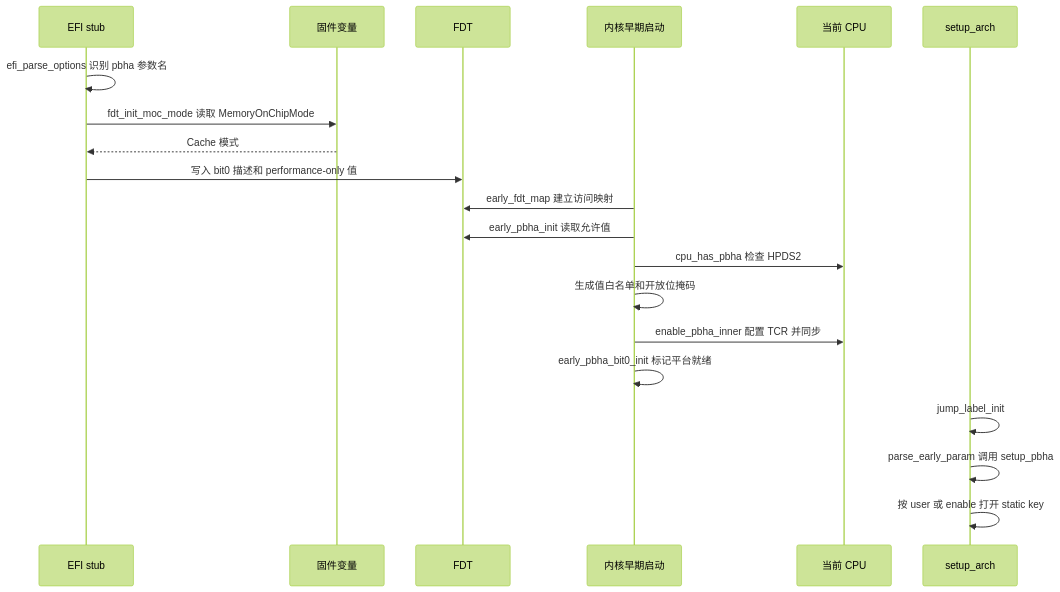
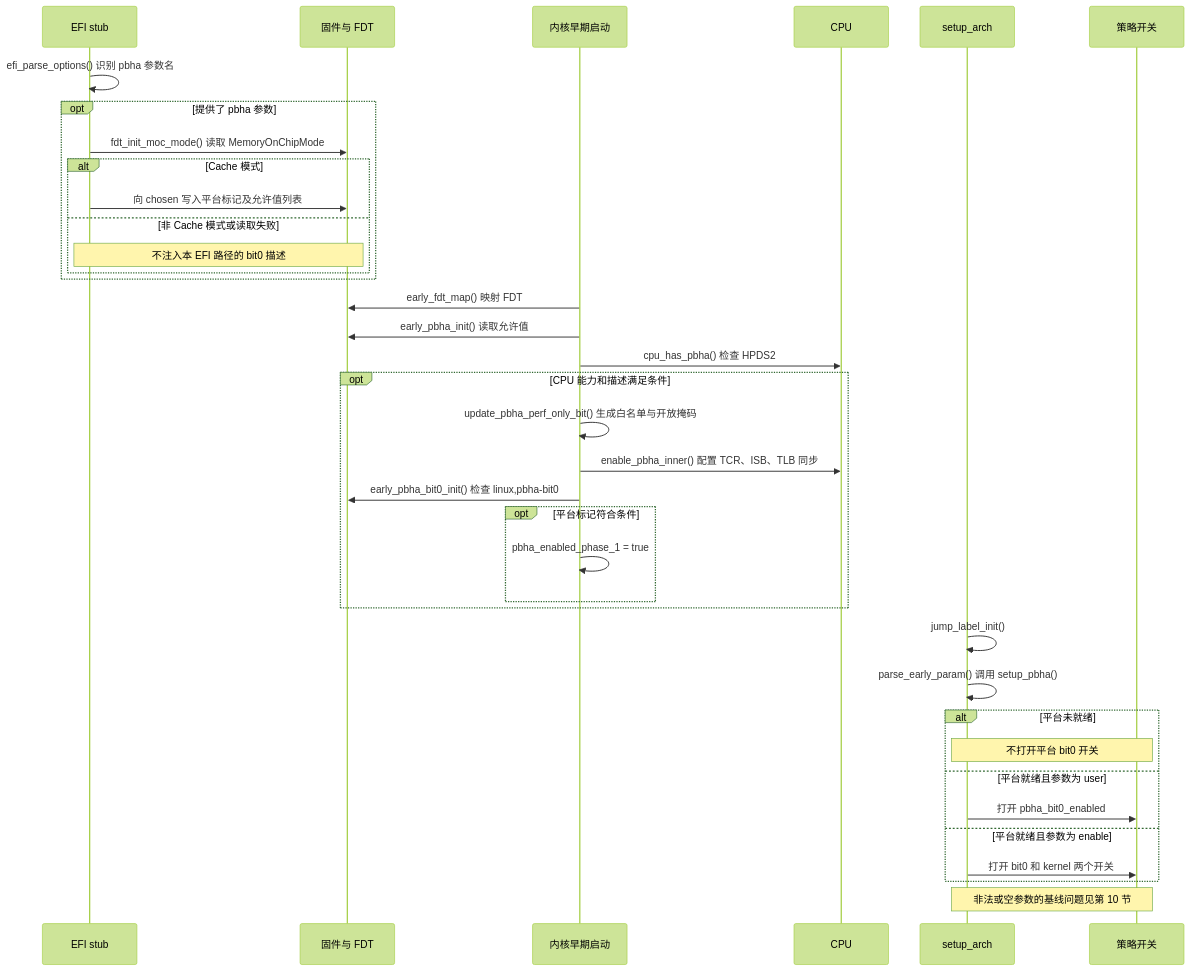
Before and after one commit to xpzgg/llm-archive: the second of 13 diagrams in PBHA特性设计说明书.md, drawn with Mermaid (forest theme). The commit also changed other lines of this file, not shown here.

Commit message:
docs: 统一 PBHA 设计时序图并重排相关章节

````diff
--- a/PBHA特性设计说明书.md
+++ b/PBHA特性设计说明书.md
@@ -173,22 +150,39 @@
 ```mermaid
 sequenceDiagram
     participant EFI as EFI stub
-    participant FW as 固件变量
-    participant FDT as FDT
+    participant FW as 固件与 FDT
     participant EARLY as 内核早期启动
-    participant CPU as 当前 CPU
+    participant CPU as CPU
     participant ARCH as setup_arch
-    EFI->>EFI: efi_parse_options 识别 pbha 参数名
-    EFI->>FW: fdt_init_moc_mode 读取 MemoryOnChipMode
-    FW-->>EFI: Cache 模式
-    EFI->>FDT: 写入 bit0 描述和 performance-only 值
-    EARLY->>FDT: early_fdt_map 建立访问映射
-    EARLY->>FDT: early_pbha_init 读取允许值
-    EARLY->>CPU: cpu_has_pbha 检查 HPDS2
-    EARLY->>EARLY: 生成值白名单和开放位掩码
-    EARLY->>CPU: enable_pbha_inner 配置 TCR 并同步
-    EARLY->>EARLY: early_pbha_bit0_init 标记平台就绪
-    ARCH->>ARCH: jump_label_init
-    ARCH->>ARCH: parse_early_param 调用 setup_pbha
-    ARCH->>ARCH: 按 user 或 enable 打开 static key
+    participant KEY as 策略开关
+    EFI->>EFI: efi_parse_options() 识别 pbha 参数名
+    opt 提供了 pbha 参数
+        EFI->>FW: fdt_init_moc_mode() 读取 MemoryOnChipMode
+        alt Cache 模式
+            EFI->>FW: 向 chosen 写入平台标记及允许值列表
+        else 非 Cache 模式或读取失败
+            Note over EFI,FW: 不注入本 EFI 路径的 bit0 描述
+        end
+    end
+    EARLY->>FW: early_fdt_map() 映射 FDT
+    EARLY->>FW: early_pbha_init() 读取允许值
+    EARLY->>CPU: cpu_has_pbha() 检查 HPDS2
+    opt CPU 能力和描述满足条件
+        EARLY->>EARLY: update_pbha_perf_only_bit() 生成白名单与开放掩码
+        EARLY->>CPU: enable_pbha_inner() 配置 TCR、ISB、TLB 同步
+        EARLY->>FW: early_pbha_bit0_init() 检查 linux,pbha-bit0
+        opt 平台标记符合条件
+            EARLY->>EARLY: pbha_enabled_phase_1 = true
+        end
+    end
+    ARCH->>ARCH: jump_label_init()
+    ARCH->>ARCH: parse_early_param() 调用 setup_pbha()
+    alt 平台未就绪
+        Note over ARCH,KEY: 不打开平台 bit0 开关
+    else 平台就绪且参数为 user
+        ARCH->>KEY: 打开 pbha_bit0_enabled
+    else 平台就绪且参数为 enable
+        ARCH->>KEY: 打开 bit0 和 kernel 两个开关
+    end
+    Note over ARCH,KEY: 非法或空参数的基线问题见第 10 节
 ```
````
